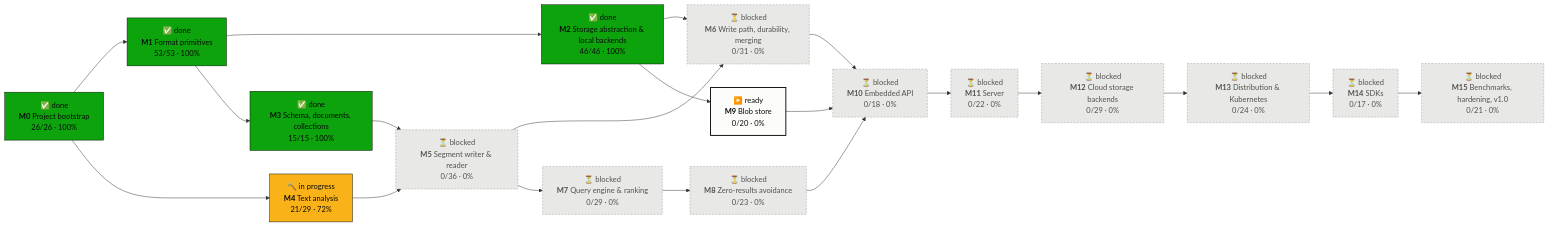
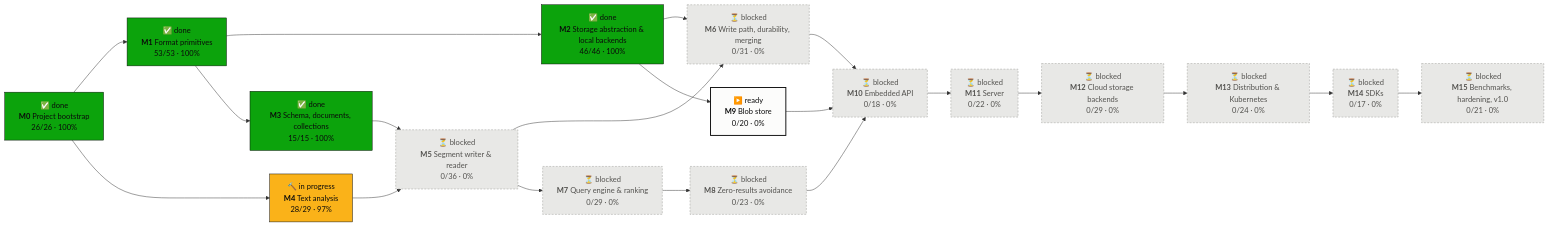
Before and after one commit to tomiok/persiaDB: the first of 2 diagrams in PROGRESS.md, drawn with Mermaid. The commit also changed other lines of this file and 2 other files, not shown here.

Commit message:
docs(roadmap): tick 4.4.4-4.4.7, 4.4.9-4.4.11

````diff
--- a/PROGRESS.md
+++ b/PROGRESS.md
@@ -14,42 +14,42 @@
 ```mermaid
 flowchart LR
   M0["✅ done<br/><b>M0</b> Project bootstrap<br/>26/26 · 100%"]:::done
   M1["✅ done<br/><b>M1</b> Format primitives<br/>53/53 · 100%"]:::done
   M2["✅ done<br/><b>M2</b> Storage abstraction & local backends<br/>46/46 · 100%"]:::done
   M3["✅ done<br/><b>M3</b> Schema, documents, collections<br/>15/15 · 100%"]:::done
-  M4["🔨 in progress<br/><b>M4</b> Text analysis<br/>21/29 · 72%"]:::doing
+  M4["🔨 in progress<br/><b>M4</b> Text analysis<br/>28/29 · 97%"]:::doing
   M5["⏳ blocked<br/><b>M5</b> Segment writer & reader<br/>0/36 · 0%"]:::blocked
   M6["⏳ blocked<br/><b>M6</b> Write path, durability, merging<br/>0/31 · 0%"]:::blocked
   M7["⏳ blocked<br/><b>M7</b> Query engine & ranking<br/>0/29 · 0%"]:::blocked
   M8["⏳ blocked<br/><b>M8</b> Zero-results avoidance<br/>0/23 · 0%"]:::blocked
   M9["▶️ ready<br/><b>M9</b> Blob store<br/>0/20 · 0%"]:::ready
   M10["⏳ blocked<br/><b>M10</b> Embedded API<br/>0/18 · 0%"]:::blocked
   M11["⏳ blocked<br/><b>M11</b> Server<br/>0/22 · 0%"]:::blocked
   M12["⏳ blocked<br/><b>M12</b> Cloud storage backends<br/>0/29 · 0%"]:::blocked
   M13["⏳ blocked<br/><b>M13</b> Distribution & Kubernetes<br/>0/24 · 0%"]:::blocked
   M14["⏳ blocked<br/><b>M14</b> SDKs<br/>0/17 · 0%"]:::blocked
   M15["⏳ blocked<br/><b>M15</b> Benchmarks, hardening, v1.0<br/>0/21 · 0%"]:::blocked
   M0 --> M1
   M1 --> M2
   M1 --> M3
   M0 --> M4
   M3 --> M5
   M4 --> M5
   M2 --> M6
   M5 --> M6
   M5 --> M7
   M7 --> M8
   M2 --> M9
   M6 --> M10
   M8 --> M10
   M9 --> M10
   M10 --> M11
   M11 --> M12
   M12 --> M13
   M13 --> M14
   M14 --> M15
   classDef done fill:#0ca30c,stroke:#0b0b0b,color:#0b0b0b
   classDef doing fill:#fab219,stroke:#0b0b0b,color:#0b0b0b
   classDef ready fill:#fcfcfb,stroke:#0b0b0b,stroke-width:2px,color:#0b0b0b
   classDef blocked fill:#e8e8e6,stroke:#9a9a96,stroke-dasharray:4 3,color:#52514e
 ```
````
